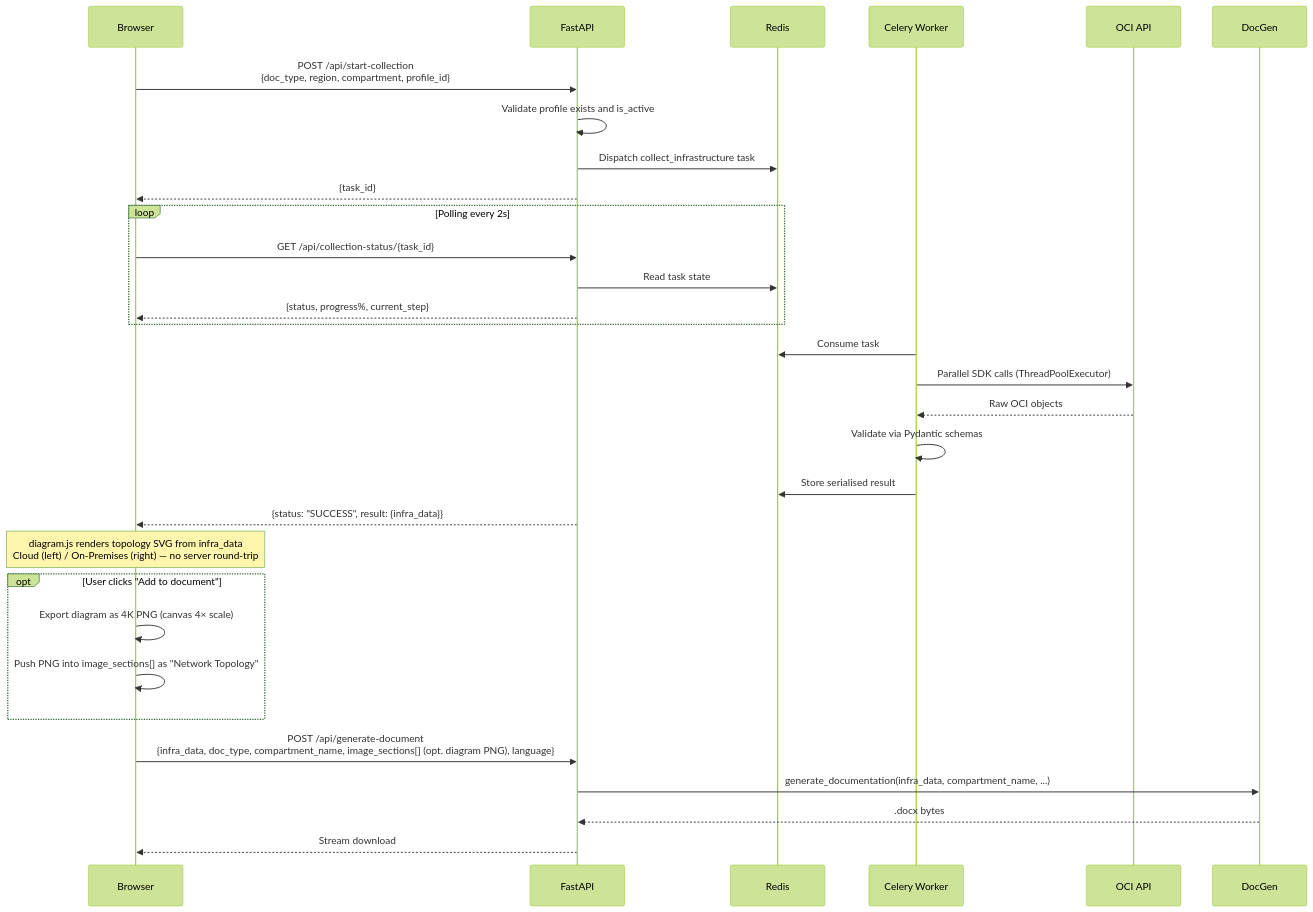
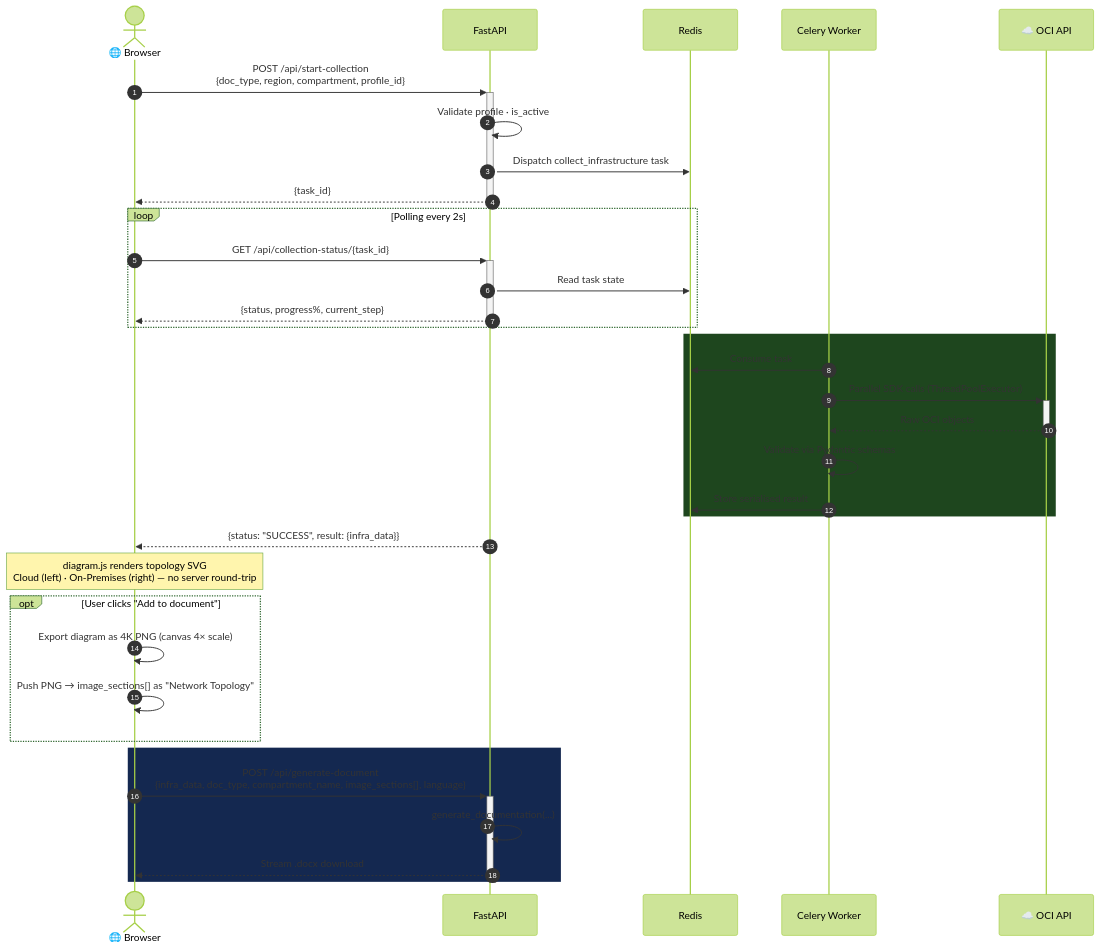
One commit to Pedr0Teixeira/oci-docgen changed the second of 10 diagrams in README.md. Above: the diagram before and after it, drawn with Mermaid (forest theme). The commit also changed other lines of this file, not shown here.

First line of the commit message:
docs: improve all Mermaid diagrams with consistent styling

````diff
--- a/README.md
+++ b/README.md
@@ -188,39 +197,43 @@
 ```mermaid
 sequenceDiagram
-  participant B as Browser
+  autonumber
+  actor B as 🌐 Browser
   participant A as FastAPI
   participant R as Redis
   participant C as Celery Worker
-  participant O as OCI API
+  participant O as ☁️ OCI API
 
-  B->>A: POST /api/start-collection<br/>{doc_type, region, compartment, profile_id}
-  A->>A: Validate profile exists and is_active
+  B->>+A: POST /api/start-collection<br/>{doc_type, region, compartment, profile_id}
+  A->>A: Validate profile · is_active
   A->>R: Dispatch collect_infrastructure task
-  A-->>B: {task_id}
+  A-->>-B: {task_id}
 
   loop Polling every 2s
-    B->>A: GET /api/collection-status/{task_id}
+    B->>+A: GET /api/collection-status/{task_id}
     A->>R: Read task state
-    A-->>B: {status, progress%, current_step}
+    A-->>-B: {status, progress%, current_step}
   end
 
-  C->>R: Consume task
-  C->>O: Parallel SDK calls (ThreadPoolExecutor)
-  O-->>C: Raw OCI objects
-  C->>C: Validate via Pydantic schemas
-  C->>R: Store serialised result
+  rect rgb(30, 70, 30)
+    C->>R: Consume task
+    C->>+O: Parallel SDK calls (ThreadPoolExecutor)
+    O-->>-C: Raw OCI objects
+    C->>C: Validate via Pydantic schemas
+    C->>R: Store serialised result
+  end
 
   A-->>B: {status: "SUCCESS", result: {infra_data}}
 
-  Note over B: diagram.js renders topology SVG from infra_data<br/>Cloud (left) / On-Premises (right) — no server round-trip
+  Note over B: diagram.js renders topology SVG<br/>Cloud (left) · On-Premises (right) — no server round-trip
 
   opt User clicks "Add to document"
     B->>B: Export diagram as 4K PNG (canvas 4× scale)
-    B->>B: Push PNG into image_sections[] as "Network Topology"
+    B->>B: Push PNG → image_sections[] as "Network Topology"
   end
 
-  B->>A: POST /api/generate-document<br/>{infra_data, doc_type, compartment_name, image_sections[] (opt. diagram PNG), language}
-  A->>DocGen: generate_documentation(infra_data, compartment_name, ...)
-  DocGen-->>A: .docx bytes
-  A-->>B: Stream download
+  rect rgb(20, 40, 80)
+    B->>+A: POST /api/generate-document<br/>{infra_data, doc_type, compartment_name, image_sections[], language}
+    A->>A: generate_documentation(...)
+    A-->>-B: Stream .docx download
+  end
 ```
````
